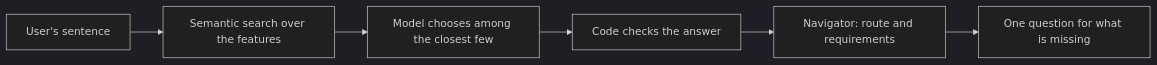
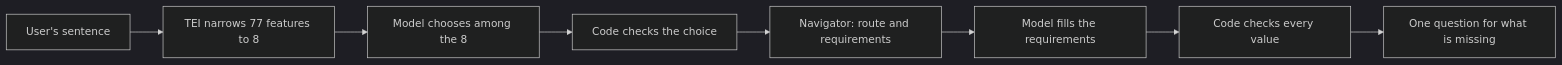
One commit to Hooman1996/RagBot-Assistant changed the diagram in docs/bridge/intent-selection.md. Above: the diagram before and after it, drawn with Mermaid (dark theme). The commit also changed other lines of this file and 44 other files, not shown here.

````diff
--- a/docs/bridge/intent-selection.md
+++ b/docs/bridge/intent-selection.md
@@ -14,8 +14,10 @@
 ```mermaid
 flowchart LR
-    U[User's sentence] --> S[Semantic search over the features]
-    S --> M[Model chooses among the closest few]
-    M --> C[Code checks the answer]
+    U[User's sentence] --> S[TEI narrows 77 features to 8]
+    S --> M[Model chooses among the 8]
+    M --> C[Code checks the choice]
     C --> N[Navigator: route and requirements]
-    N --> Q[One question for what is missing]
+    N --> X[Model fills the requirements]
+    X --> K[Code checks every value]
+    K --> Q[One question for what is missing]
 ```
````
